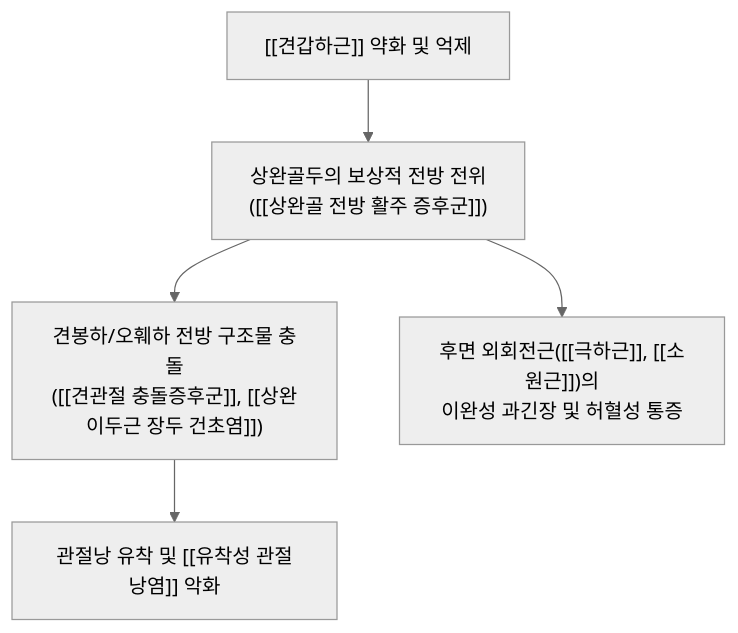
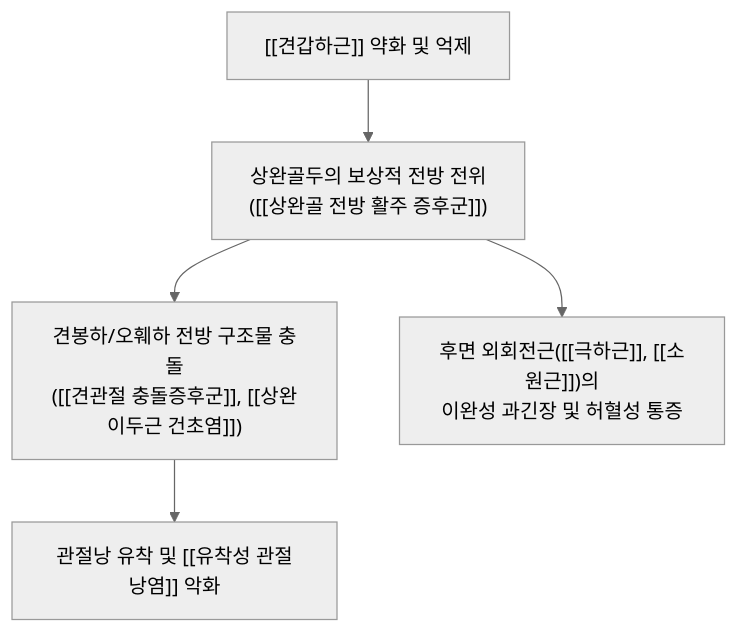
The first of 2 diagrams in content/1. 근골격계 공부/근육/(4) 어깨/견갑하근.md (simbio11/simbio-digital-garden2), drawn with Mermaid (neutral theme) before and after one commit. The commit also changed other lines of this file and 4870 other files, not shown here.

````diff
--- a/content/1. 근골격계 공부/근육/(4) 어깨/견갑하근.md
+++ b/content/1. 근골격계 공부/근육/(4) 어깨/견갑하근.md
@@ -56,10 +57,10 @@
 ```mermaid
 graph TD
     SubscapWeak["[[견갑하근]] 약화 및 억제"] --> HumeralAntGlide["상완골두의 보상적 전방 전위
 ([[상완골 전방 활주 증후군]])"]
     HumeralAntGlide --> Impingement["견봉하/오훼하 전방 구조물 충돌
-([[견관절 충돌증후군]], [[상완이두근 장두 건초염]])"]
+([[견관절 충돌증후군]], [[상완이두근 건초염]])"]
     HumeralAntGlide --> ExtRotSpasm["후면 외회전근([[극하근]], [[소원근]])의
 이완성 과긴장 및 허혈성 통증"]
     Impingement --> FrozenShoulder["관절낭 유착 및 [[유착성 관절낭염]] 악화"]
 ```
````
